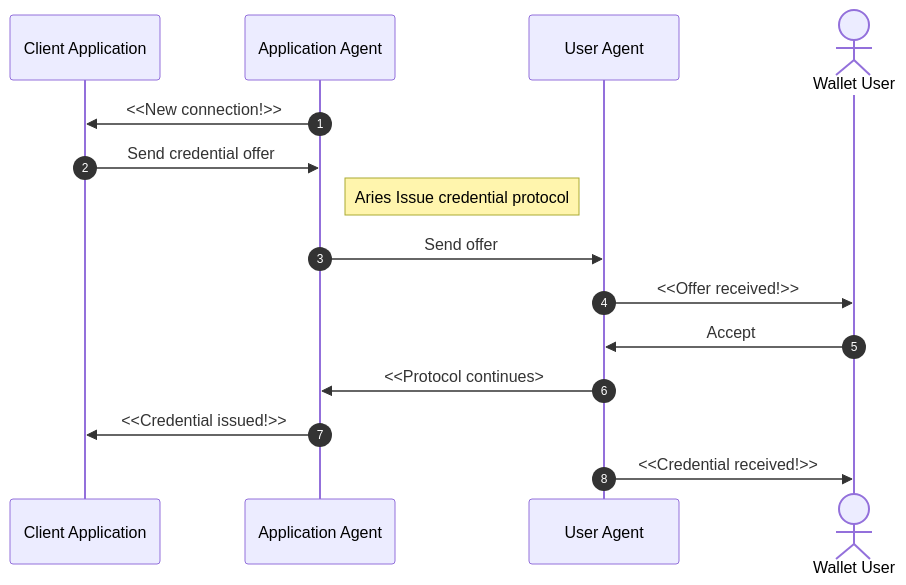
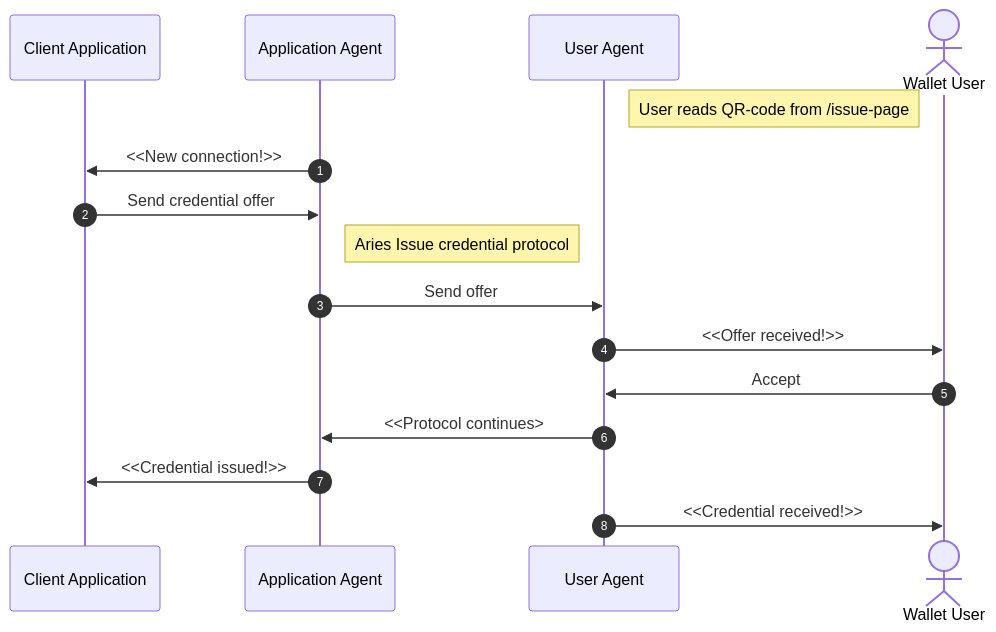
One commit to findy-network/agency-workshop changed the diagram in track2.1-ts/task4/README.md. Above: the diagram before and after it, drawn with Mermaid. The commit also changed 12 other files, not shown here.

````diff
--- a/track2.1-ts/task4/README.md
+++ b/track2.1-ts/task4/README.md
@@ -45,18 +45,19 @@
 ```mermaid
 sequenceDiagram
     autonumber
     participant Client Application
     participant Application Agent
     participant User Agent
     actor Wallet User
 
+    Note left of Wallet User: User reads QR-code from /issue-page
     Application Agent->>Client Application: <<New connection!>>
     Client Application->>Application Agent: Send credential offer
     Note right of Application Agent: Aries Issue credential protocol
     Application Agent->>User Agent: Send offer
     User Agent->>Wallet User: <<Offer received!>>
     Wallet User->>User Agent: Accept
     User Agent->>Application Agent: <<Protocol continues>
     Application Agent->>Client Application: <<Credential issued!>>
     User Agent->>Wallet User: <<Credential received!>>
 ```
````
